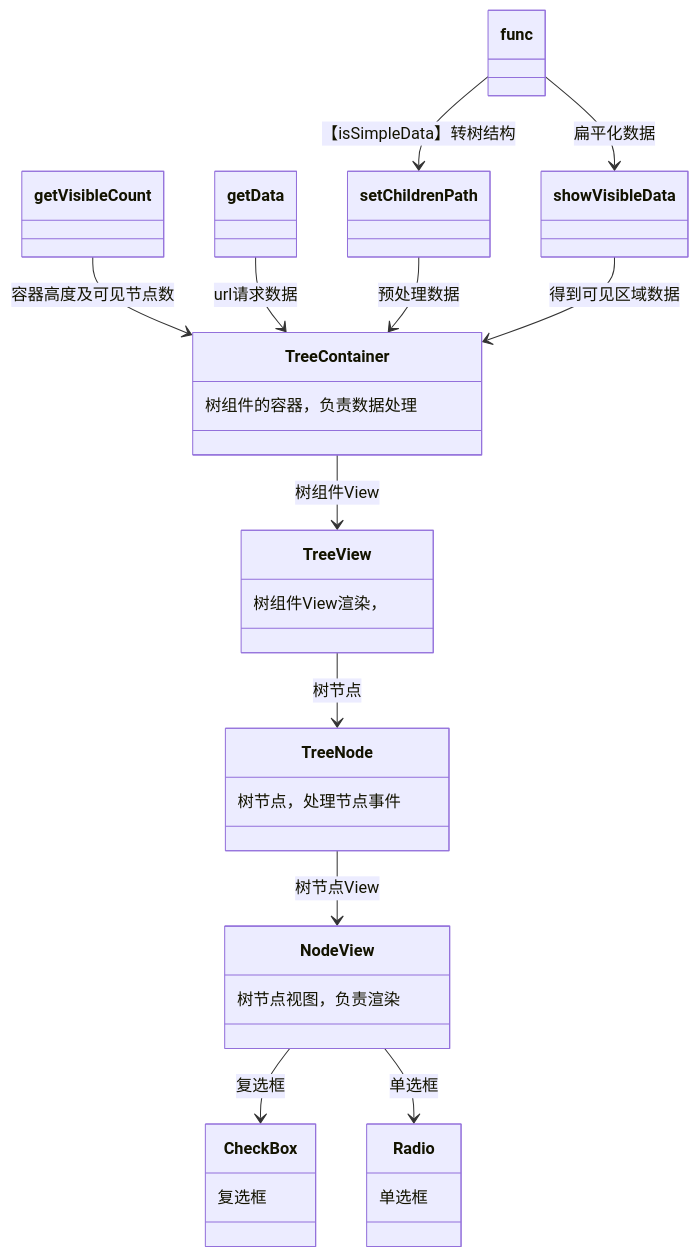
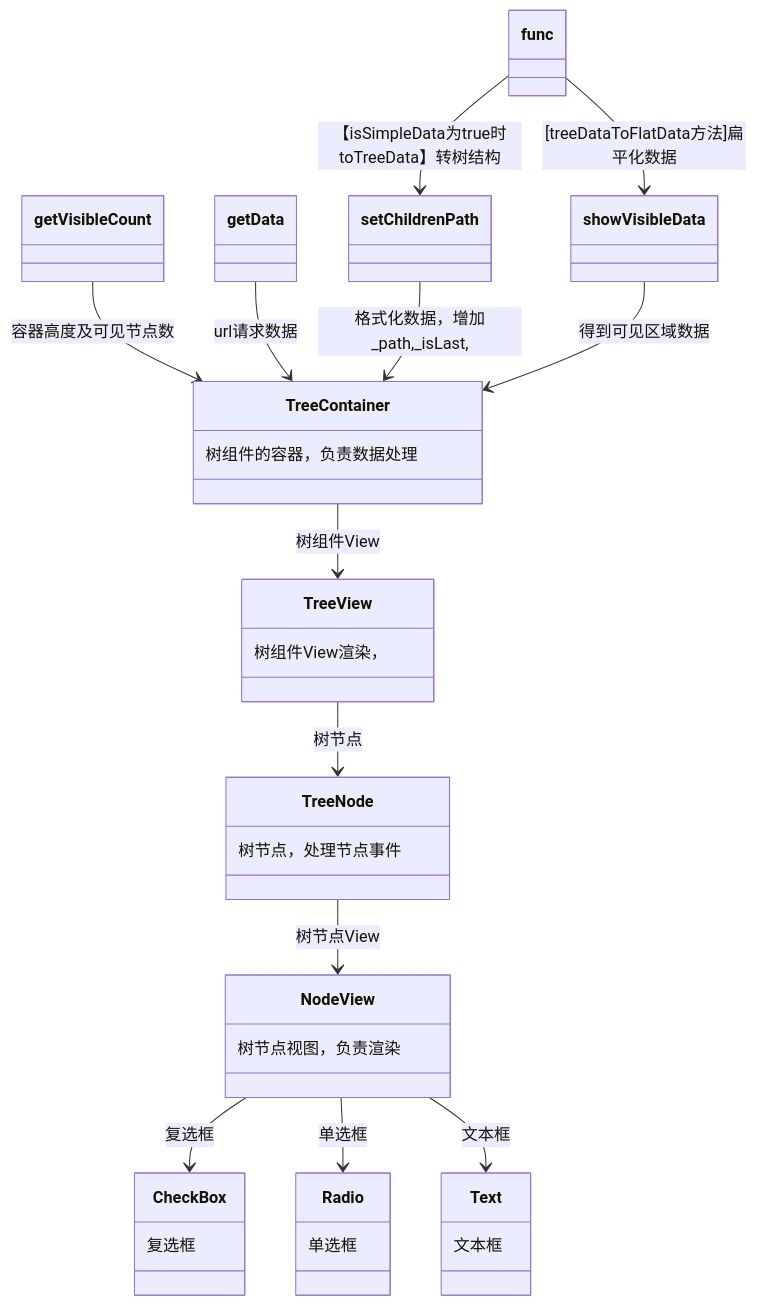
One commit to wangzhiyonglyk/wasabi-tree changed the first of 4 diagrams in README.md. Above: the diagram before and after it, drawn with Mermaid. The commit also changed other lines of this file and 21 other files, not shown here.

````diff
--- a/README.md
+++ b/README.md
@@ -76,35 +81,40 @@
 ```Mermaid
 classDiagram
     class TreeContainer{
     树组件的容器，负责数据处理
     }
     class TreeView{
         树组件View渲染，
     }
 
     class TreeNode{
         树节点，处理节点事件
     }
     class NodeView{
         树节点视图，负责渲染
     }
     class CheckBox{
         复选框
     }
     class Radio{
         单选框
     }
+     class Text{
+        文本框
+    }
+
 
     TreeContainer-->TreeView:树组件View
     TreeView-->TreeNode:树节点
     TreeNode-->NodeView:树节点View
     NodeView-->CheckBox:复选框
       NodeView-->Radio:单选框
+      NodeView-->Text:文本框
     getVisibleCount-->TreeContainer:容器高度及可见节点数
     getData-->TreeContainer:url请求数据
-    setChildrenPath-->TreeContainer:预处理数据
+    setChildrenPath-->TreeContainer:格式化数据，增加_path,_isLast,
     showVisibleData-->TreeContainer:得到可见区域数据
-    func-->setChildrenPath:【isSimpleData】转树结构
-    func-->showVisibleData:扁平化数据
+    func-->setChildrenPath:【isSimpleData为true时toTreeData】转树结构
+    func-->showVisibleData:[treeDataToFlatData方法]扁平化数据
 
 ```
````
